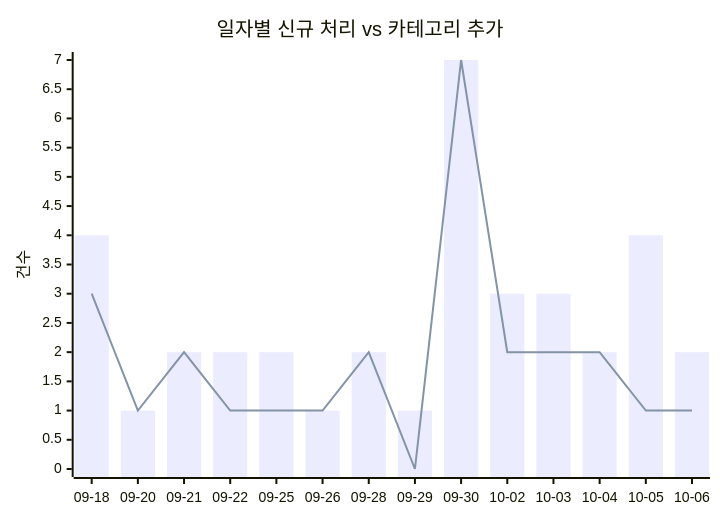
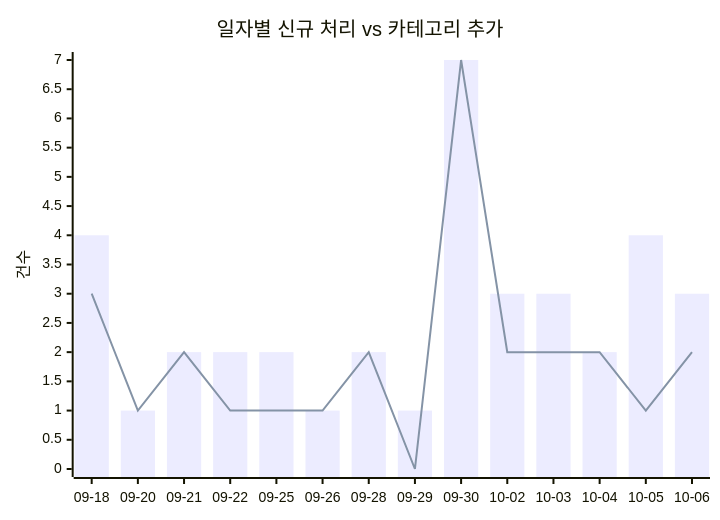
The first of 2 diagrams in docs/trends.md (J-nowcow/awesome-korean-agent-skills), drawn with Mermaid before and after one commit. The commit also changed other lines of this file and 4 other files, not shown here.

````diff
--- a/docs/trends.md
+++ b/docs/trends.md
@@ -32,8 +32,8 @@
 ```mermaid
 xychart-beta
     title "일자별 신규 처리 vs 카테고리 추가"
     x-axis ["09-18","09-20","09-21","09-22","09-25","09-26","09-28","09-29","09-30","10-02","10-03","10-04","10-05","10-06"]
     y-axis "건수"
-    bar [4,1,2,2,2,1,2,1,7,3,3,2,4,2]
-    line [3,1,2,1,1,1,2,0,7,2,2,2,1,1]
+    bar [4,1,2,2,2,1,2,1,7,3,3,2,4,3]
+    line [3,1,2,1,1,1,2,0,7,2,2,2,1,2]
 ```
````
